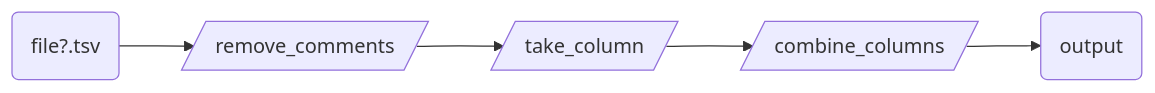
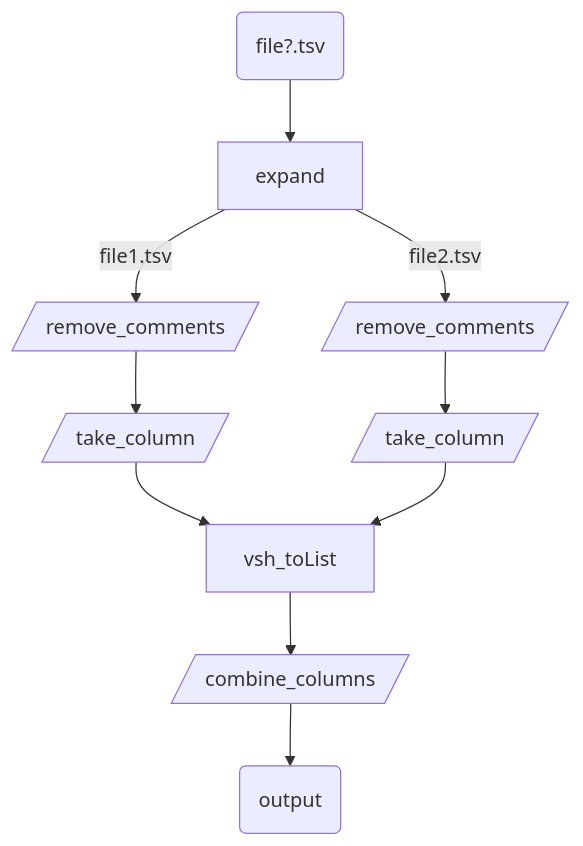
Before and after one commit to viash-io/website: the diagram in quickstart/index.qmd, drawn with Mermaid. The commit also changed other lines of this file, not shown here.

````diff
--- a/quickstart/index.qmd
+++ b/quickstart/index.qmd
@@ -31,7 +31,8 @@
 ```{mermaid}
-graph LR
-   A(file?.tsv) --> B[/remove_comments/]
-   B --> C[/take_column/]
-   C --> D[/combine_columns/]
+graph TD
+   A(file?.tsv) --> X[expand] 
+   X --file1.tsv--> B1[/remove_comments/] --> C1[/take_column/] --> Y
+   X --file2.tsv--> B2[/remove_comments/] --> C2[/take_column/] --> Y
+   Y[vsh_toList] --> D[/combine_columns/]
    D --> E(output)
 ```
````
